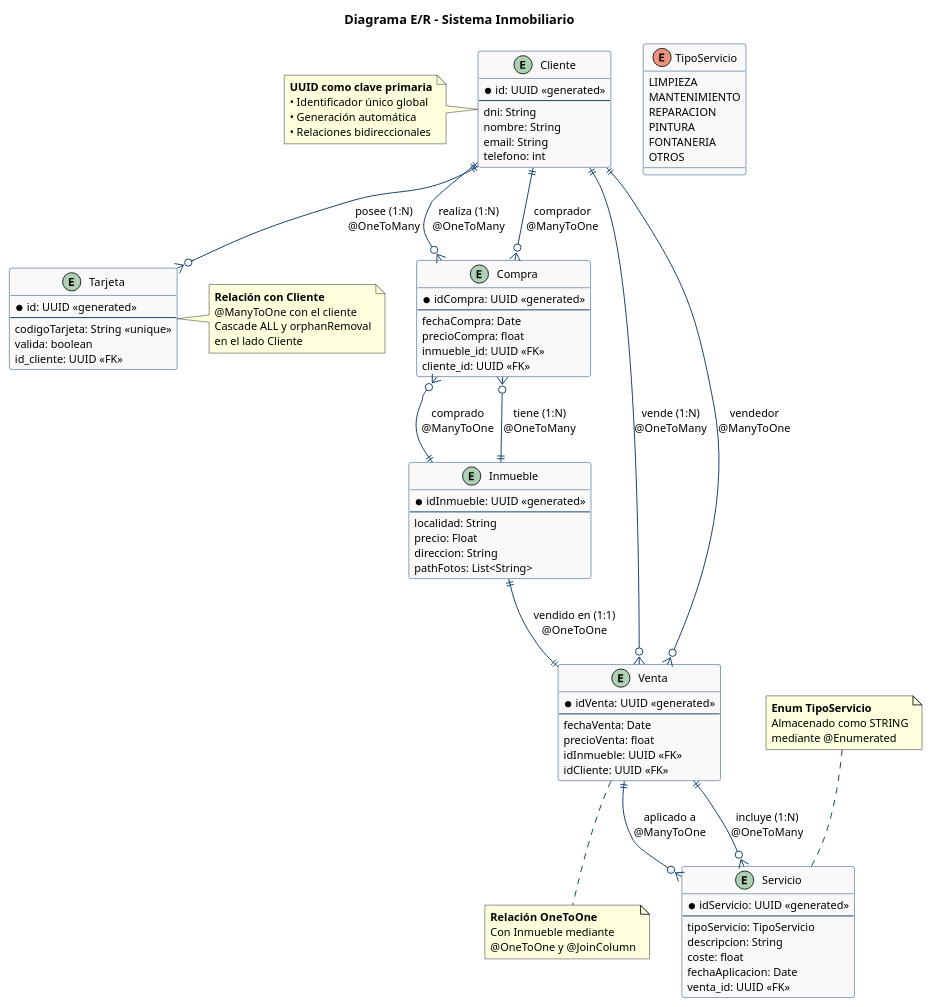
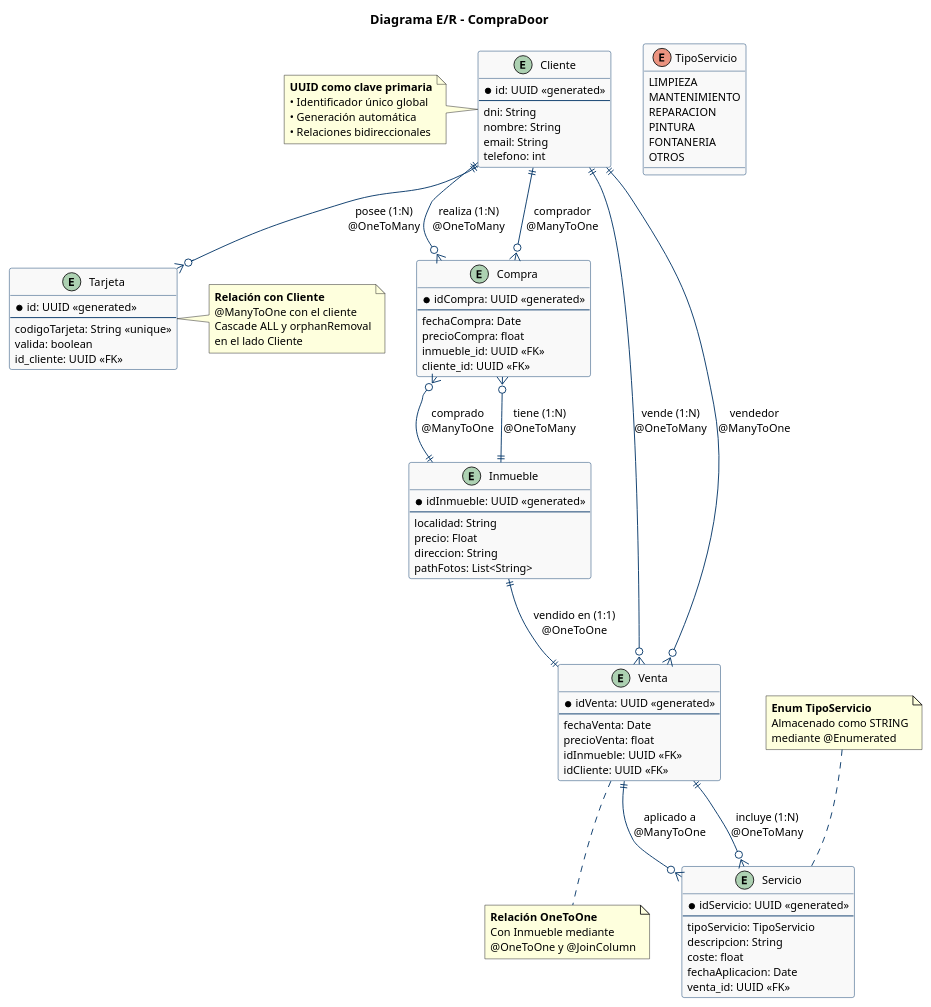
The diagram in diagramas/enti.puml (jfernandlg/CompraDoor-MDAI), drawn with PlantUML before and after one commit.

Commit message:
Diagrama ER actualizado

```diff
--- a/diagramas/enti.puml
+++ b/diagramas/enti.puml
@@ -1,125 +1,125 @@
 @startuml
 'https://plantuml.com/class-diagram
 
 skinparam {
   shadowing false
   arrowColor #003366
   borderColor #003366
   classBackgroundColor #f9f9f9
   classBorderColor #003366
   classFontSize 12
   classFontStyle normal
   defaultFontSize 12
 }
 
-title "Diagrama E/R - Sistema Inmobiliario"
+title "Diagrama E/R - CompraDoor"
 
 entity Cliente {
   * id: UUID <<generated>>
   --
   dni: String
   nombre: String
   email: String
   telefono: int
 }
 
 entity Tarjeta {
   * id: UUID <<generated>>
   --
   codigoTarjeta: String <<unique>>
   valida: boolean
   id_cliente: UUID <<FK>>
 }
 
 entity Inmueble {
   * idInmueble: UUID <<generated>>
   --
   localidad: String
   precio: Float
   direccion: String
   pathFotos: List<String>
 }
 
 entity Compra {
   * idCompra: UUID <<generated>>
   --
   fechaCompra: Date
   precioCompra: float
   inmueble_id: UUID <<FK>>
   cliente_id: UUID <<FK>>
 }
 
 entity Venta {
   * idVenta: UUID <<generated>>
   --
   fechaVenta: Date
   precioVenta: float
   idInmueble: UUID <<FK>>
   idCliente: UUID <<FK>>
 }
 
 entity Servicio {
   * idServicio: UUID <<generated>>
   --
   tipoServicio: TipoServicio
   descripcion: String
   coste: float
   fechaAplicacion: Date
   venta_id: UUID <<FK>>
 }
 
 
 enum TipoServicio {
   LIMPIEZA
   MANTENIMIENTO
   REPARACION
   PINTURA
   FONTANERIA
   OTROS
 }
 
 ' ========== RELACIONES ==========
 Cliente ||--o{ Tarjeta : "posee (1:N)\n@OneToMany"
 
 Cliente ||--o{ Compra : "realiza (1:N)\n@OneToMany"
 Compra }o--|| Cliente : "comprador\n@ManyToOne"
 
 Cliente ||--o{ Venta : "vende (1:N)\n@OneToMany"
 Venta }o--|| Cliente : "vendedor\n@ManyToOne"
 
 Inmueble ||--o{ Compra : "tiene (1:N)\n@OneToMany"
 Compra }o--|| Inmueble : "comprado\n@ManyToOne"
 
 Inmueble ||--|| Venta : "vendido en (1:1)\n@OneToOne"
 
 Venta ||--o{ Servicio : "incluye (1:N)\n@OneToMany"
 Servicio }o--|| Venta : "aplicado a\n@ManyToOne"
 
 note left of Cliente
   <b>UUID como clave primaria</b>
   • Identificador único global
   • Generación automática
   • Relaciones bidireccionales
 end note
 
 note right of Tarjeta
   <b>Relación con Cliente</b>
   @ManyToOne con el cliente
   Cascade ALL y orphanRemoval
   en el lado Cliente
 end note
 
 note bottom of Venta
   <b>Relación OneToOne</b>
   Con Inmueble mediante
   @OneToOne y @JoinColumn
 end note
 
 note top of Servicio
   <b>Enum TipoServicio</b>
   Almacenado como STRING
   mediante @Enumerated
 end note
 
 \
 @enduml
```
